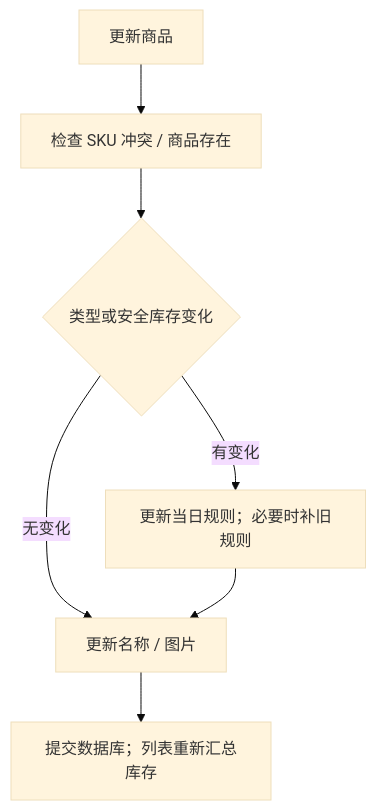
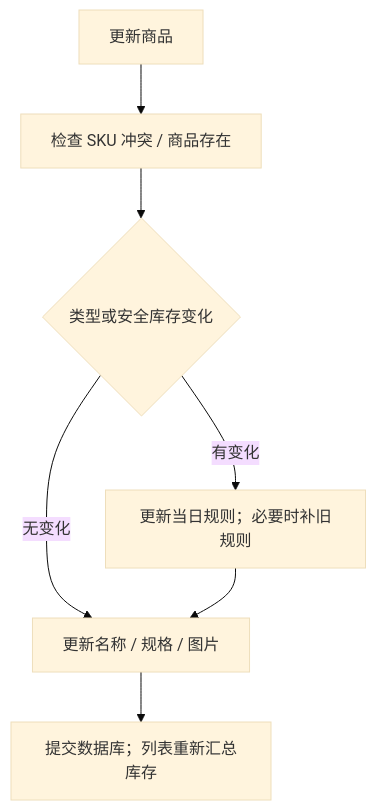
Before and after one commit to yueweiit/FastAPIProject: the second of 2 diagrams in docs/modules/products/workflow.md, drawn with Mermaid (base theme). The commit also changed other lines of this file and 27 other files, not shown here.

````diff
--- a/docs/modules/products/workflow.md
+++ b/docs/modules/products/workflow.md
@@ -44,9 +44,9 @@
 ```mermaid
 flowchart TD
     A["更新商品"] --> B["检查 SKU 冲突 / 商品存在"]
     B --> C{"类型或安全库存变化"}
-    C -->|"无变化"| E["更新名称 / 图片"]
+    C -->|"无变化"| E["更新名称 / 规格 / 图片"]
     C -->|"有变化"| D["更新当日规则；必要时补旧规则"]
     D --> E
     E --> F["提交数据库；列表重新汇总库存"]
 ```
````
